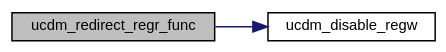
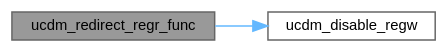
One commit to ebs-universe/piolib-ucdm changed the diagram in ucdm_8h_a9d111350a23d5fb38c93e67acf1b5451_cgraph.dot. Above: the diagram before and after it, drawn with Graphviz. The commit also changed 365 other files, not shown here.

```diff
--- a/ucdm_8h_a9d111350a23d5fb38c93e67acf1b5451_cgraph.dot
+++ b/ucdm_8h_a9d111350a23d5fb38c93e67acf1b5451_cgraph.dot
@@ -1,12 +1,12 @@
 digraph "ucdm_redirect_regr_func"
 {
  // INTERACTIVE_SVG=YES
  // LATEX_PDF_SIZE
   bgcolor="transparent";
-  edge [fontname="Helvetica",fontsize="10",labelfontname="Helvetica",labelfontsize="10"];
-  node [fontname="Helvetica",fontsize="10",shape=record];
+  edge [fontname=Helvetica,fontsize=10,labelfontname=Helvetica,labelfontsize=10];
+  node [fontname=Helvetica,fontsize=10,shape=box,height=0.2,width=0.4];
   rankdir="LR";
-  Node1 [label="ucdm_redirect_regr_func",height=0.2,width=0.4,color="black", fillcolor="grey75", style="filled", fontcolor="black",tooltip="Configure UCDM register read access on this register to redirect to a function pointer."];
-  Node1 -> Node2 [color="midnightblue",fontsize="10",style="solid",fontname="Helvetica"];
-  Node2 [label="ucdm_disable_regw",height=0.2,width=0.4,color="black",URL="$ucdm_8c.html#a2bd2008076de02636acd04189c80e4ff",tooltip="Disable UCDM register write access on a register."];
+  Node1 [id="Node000001",label="ucdm_redirect_regr_func",height=0.2,width=0.4,color="gray40", fillcolor="grey60", style="filled", fontcolor="black",tooltip="Configure UCDM register read access on this register to redirect to a function pointer."];
+  Node1 -> Node2 [id="edge1_Node000001_Node000002",color="steelblue1",style="solid",tooltip=" "];
+  Node2 [id="Node000002",label="ucdm_disable_regw",height=0.2,width=0.4,color="grey40", fillcolor="white", style="filled",URL="$ucdm_8c.html#a2bd2008076de02636acd04189c80e4ff",tooltip="Disable UCDM register write access on a register."];
 }
```
